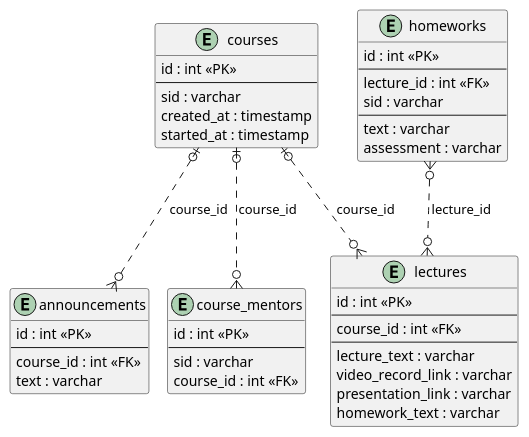
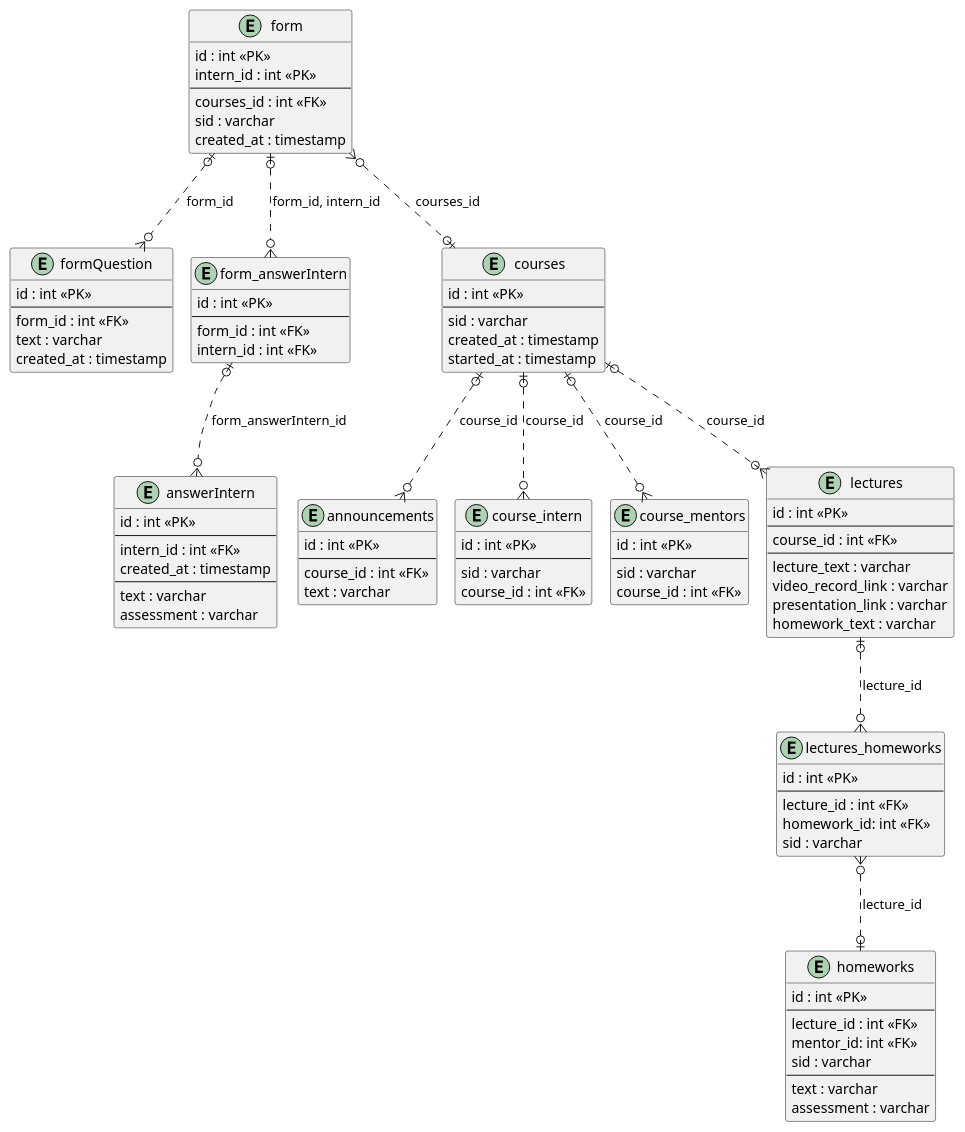
One commit to Andrey-2020/system_analysis changed the diagram in plantUML/ERD.plantuml. Above: the diagram before and after it, drawn with PlantUML.

Commit message:
Исправить ERD.plantUML

```diff
--- a/plantUML/ERD.plantuml
+++ b/plantUML/ERD.plantuml
@@ -1,61 +1,114 @@
 @startuml
-
 !pragma layout smetana
 
 ' sid - security identifier - user id, который генерит ActiveDirectory (могу ошибаться).
+
+entity form {
+    id : int <<PK>>
+    intern_id : int <<PK>>
+    --
+    courses_id : int <<FK>>
+    sid : varchar
+    created_at : timestamp
+}
+
+entity formQuestion {
+    id : int <<PK>>
+    --
+    form_id : int <<FK>>
+    text : varchar
+    created_at : timestamp
+}
+
+entity form_answerIntern {
+    id : int <<PK>>
+    --
+    form_id : int <<FK>>
+    intern_id : int <<FK>>
+}
+
+entity answerIntern {
+    id : int <<PK>>
+    --
+    intern_id : int <<FK>>
+    created_at : timestamp
+    --
+    text : varchar
+    assessment : varchar
+}
+
+form |o...o{ formQuestion : form_id
+form |o...o{ form_answerIntern : form_id, intern_id
+form_answerIntern |o...o{ answerIntern : form_answerIntern_id
 
 entity courses {
     id : int <<PK>>
     --
     sid : varchar
     created_at : timestamp
     started_at : timestamp
 }
 
 entity announcements {
     id : int <<PK>>
     --
     course_id : int <<FK>>
     text : varchar
 }
 
 ' Таблица, в которой хранится связь ментор-курс, чтобы выводить список менторов, закрепленных за курсом
 ' У одного курса несколько менторов, у одного ментора несколько курсов
+entity course_intern {
+    id : int <<PK>>
+    --
+    sid : varchar
+    course_id : int <<FK>>
+}
 
 entity course_mentors {
     id : int <<PK>>
     --
     sid : varchar
     course_id : int <<FK>>
 }
 
 entity lectures {
     id : int <<PK>>
     --
     course_id : int <<FK>>
     ---
     lecture_text : varchar
     video_record_link : varchar
     presentation_link : varchar
     homework_text : varchar
 }
-
+form }o...o| courses : courses_id
 courses |o...o{ announcements : course_id
 courses |o...o{ course_mentors : course_id
+courses |o...o{ course_intern : course_id
 courses |o...o{ lectures : course_id
 
 ' Таблица с готовыми домашками интернов, связанная с конкретной лекцией. Когда домашка интерна готова, она инсертится
 ' в эту таблицу, и ее может оценить ментор.
 entity homeworks {
     id : int <<PK>>
     --
     lecture_id : int <<FK>>
+    mentor_id: int <<FK>>
     sid : varchar
     --
     text : varchar
     assessment : varchar
 }
 
-homeworks }o...o{ lectures : lecture_id
+entity lectures_homeworks {
+    id : int <<PK>>
+    --
+    lecture_id : int <<FK>>
+    homework_id: int <<FK>>
+    sid : varchar
+}
 
+lectures |o...o{ lectures_homeworks : lecture_id
+lectures_homeworks }o...o| homeworks : lecture_id
 @enduml
```
